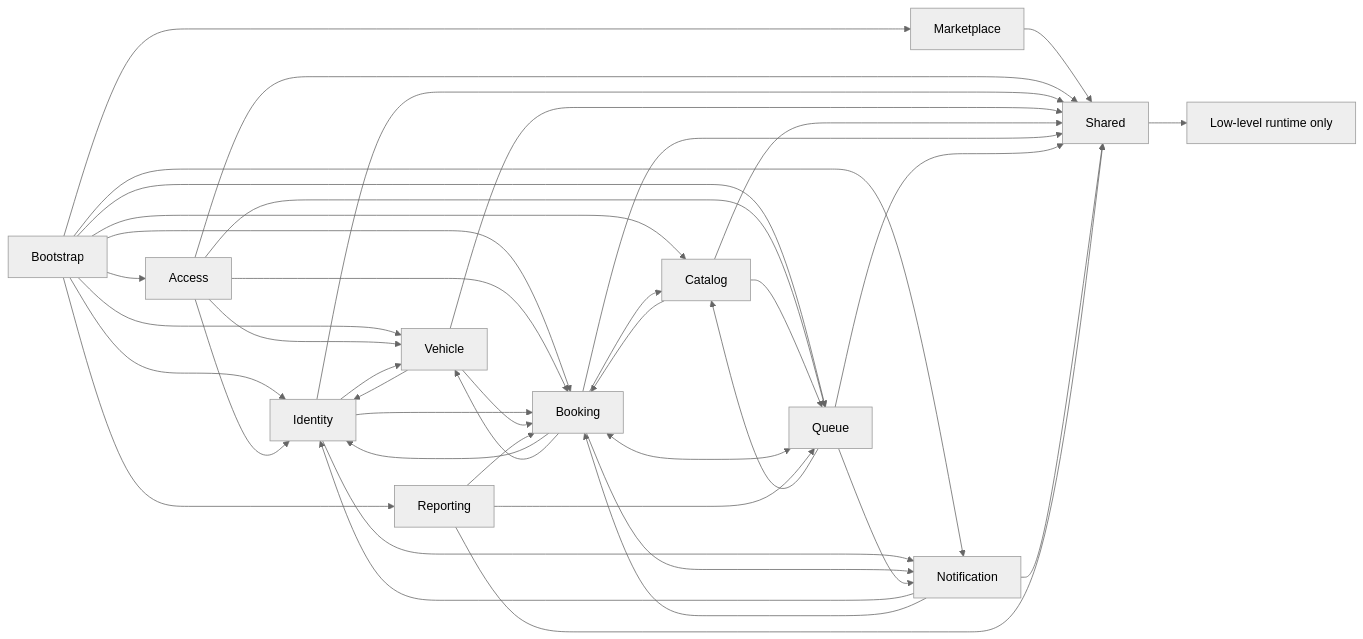
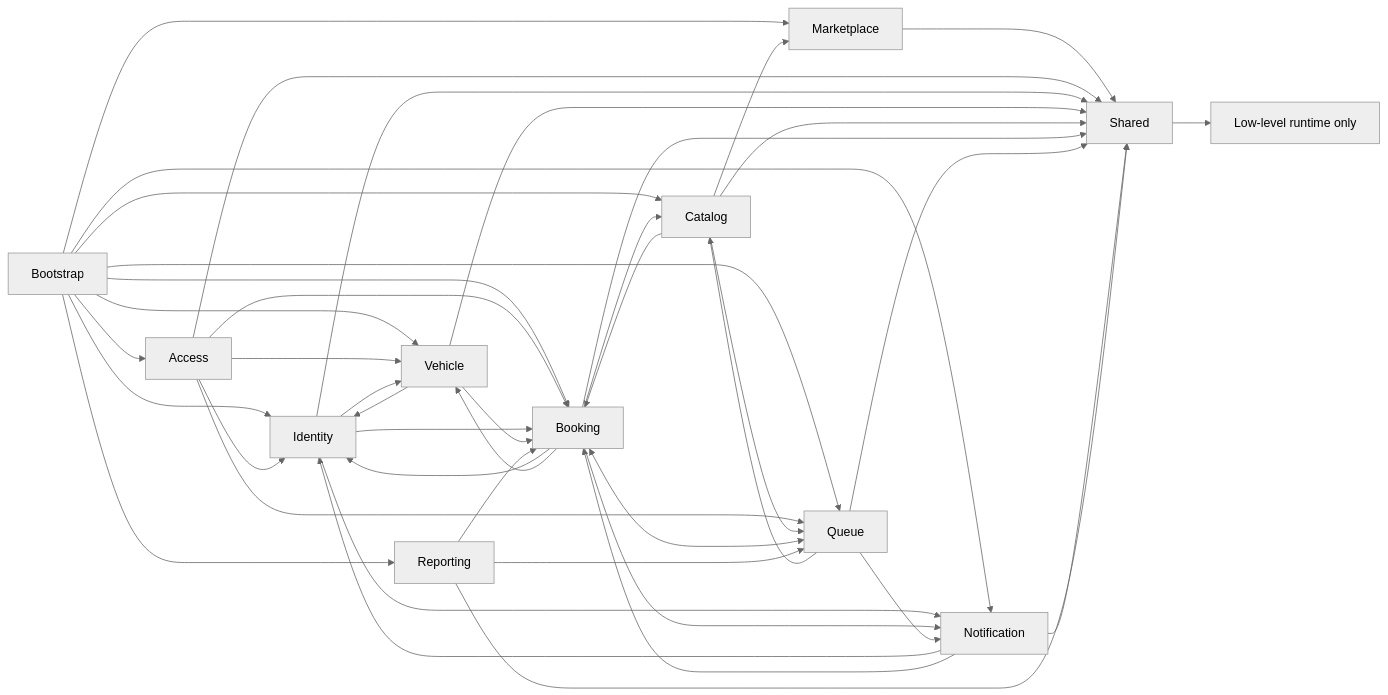
One commit to ongeziwe17/carwash-booking-queue-system changed the second of 2 diagrams in documentation/ARCHITECTURE.md. Above: the diagram before and after it, drawn with Mermaid (neutral theme). The commit also changed other lines of this file and 86 other files, not shown here.

````diff
--- a/documentation/ARCHITECTURE.md
+++ b/documentation/ARCHITECTURE.md
@@ -38,44 +38,45 @@
 ```mermaid
 flowchart LR
     Bootstrap --> Access
     Bootstrap --> Identity
     Bootstrap --> Vehicle
     Bootstrap --> Catalog
     Bootstrap --> Booking
     Bootstrap --> Queue
     Bootstrap --> Notification
     Bootstrap --> Reporting
     Bootstrap --> Marketplace
     Access --> Identity
     Access --> Vehicle
     Access --> Booking
     Access --> Queue
     Identity --> Vehicle
     Identity --> Booking
     Identity --> Notification
     Vehicle --> Identity
     Vehicle --> Booking
     Catalog --> Booking
     Catalog --> Queue
     Booking --> Identity
     Booking --> Vehicle
     Booking --> Catalog
     Booking <--> Queue
     Booking --> Notification
     Queue --> Catalog
     Queue --> Notification
     Notification --> Identity
     Notification --> Booking
     Reporting --> Booking
     Reporting --> Queue
     Marketplace --> Shared
+    Catalog --> Marketplace
     Shared --> Runtime[Low-level runtime only]
     Access --> Shared
     Identity --> Shared
     Vehicle --> Shared
     Catalog --> Shared
     Booking --> Shared
     Queue --> Shared
     Notification --> Shared
     Reporting --> Shared
 ```
````
